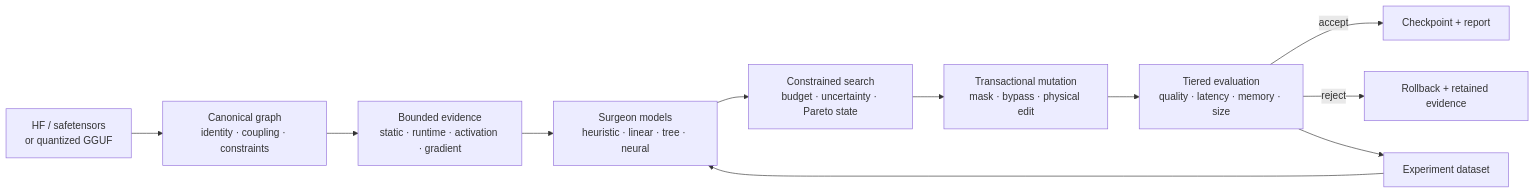
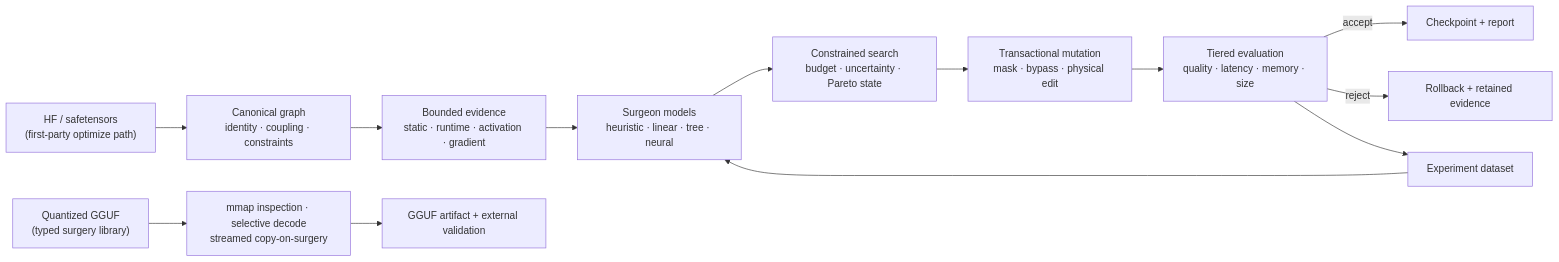
Before and after one commit to xdCloudy/ModelSurgeon: the diagram in README.md, drawn with Mermaid. The commit also changed other lines of this file, not shown here.

````diff
--- a/README.md
+++ b/README.md
@@ -533,13 +533,15 @@
 ```mermaid
 flowchart LR
-    INPUT["HF / safetensors<br/>or quantized GGUF"] --> GRAPH["Canonical graph<br/>identity · coupling · constraints"]
+    INPUT_HF["HF / safetensors<br/>(first-party optimize path)"] --> GRAPH["Canonical graph<br/>identity · coupling · constraints"]
     GRAPH --> FEATURES["Bounded evidence<br/>static · runtime · activation · gradient"]
     FEATURES --> SURGEON["Surgeon models<br/>heuristic · linear · tree · neural"]
     SURGEON --> SEARCH["Constrained search<br/>budget · uncertainty · Pareto state"]
     SEARCH --> MUTATE["Transactional mutation<br/>mask · bypass · physical edit"]
     MUTATE --> EVAL["Tiered evaluation<br/>quality · latency · memory · size"]
     EVAL -->|accept| OUTPUT["Checkpoint + report"]
     EVAL -->|reject| ROLLBACK["Rollback + retained evidence"]
     EVAL --> DATA["Experiment dataset"]
     DATA --> SURGEON
+    INPUT_GGUF["Quantized GGUF<br/>(typed surgery library)"] --> GGUF["mmap inspection · selective decode<br/>streamed copy-on-surgery"]
+    GGUF --> GGUF_OUT["GGUF artifact + external validation"]
 ```
````
